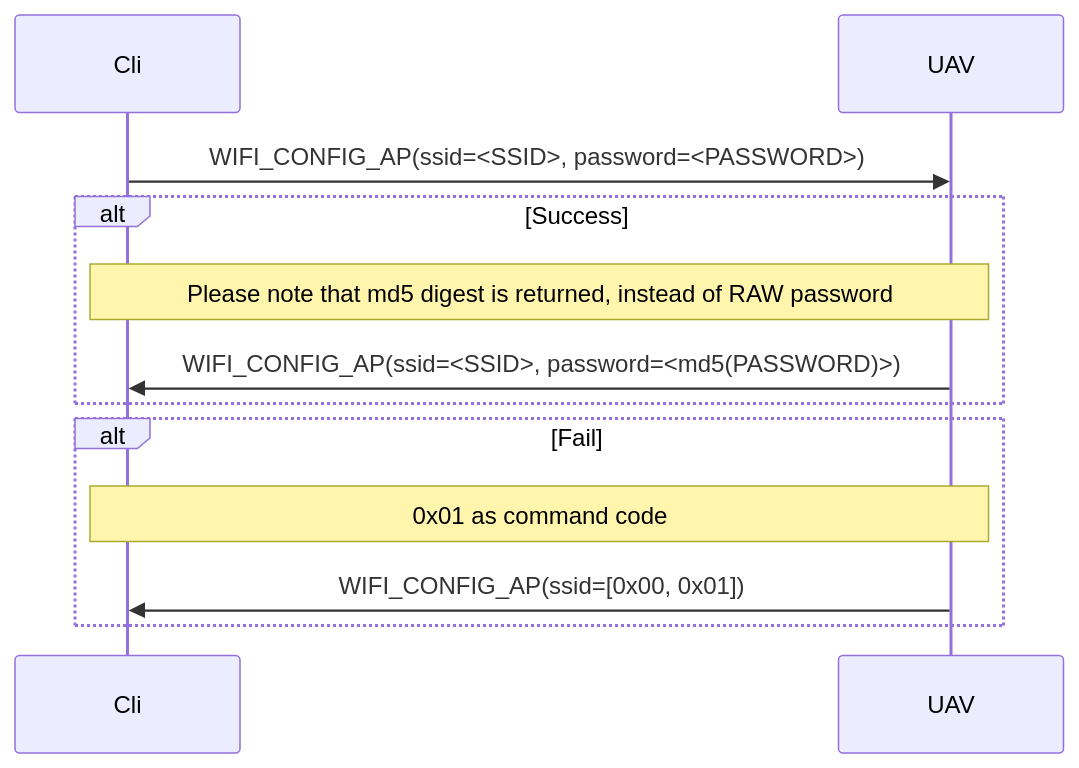
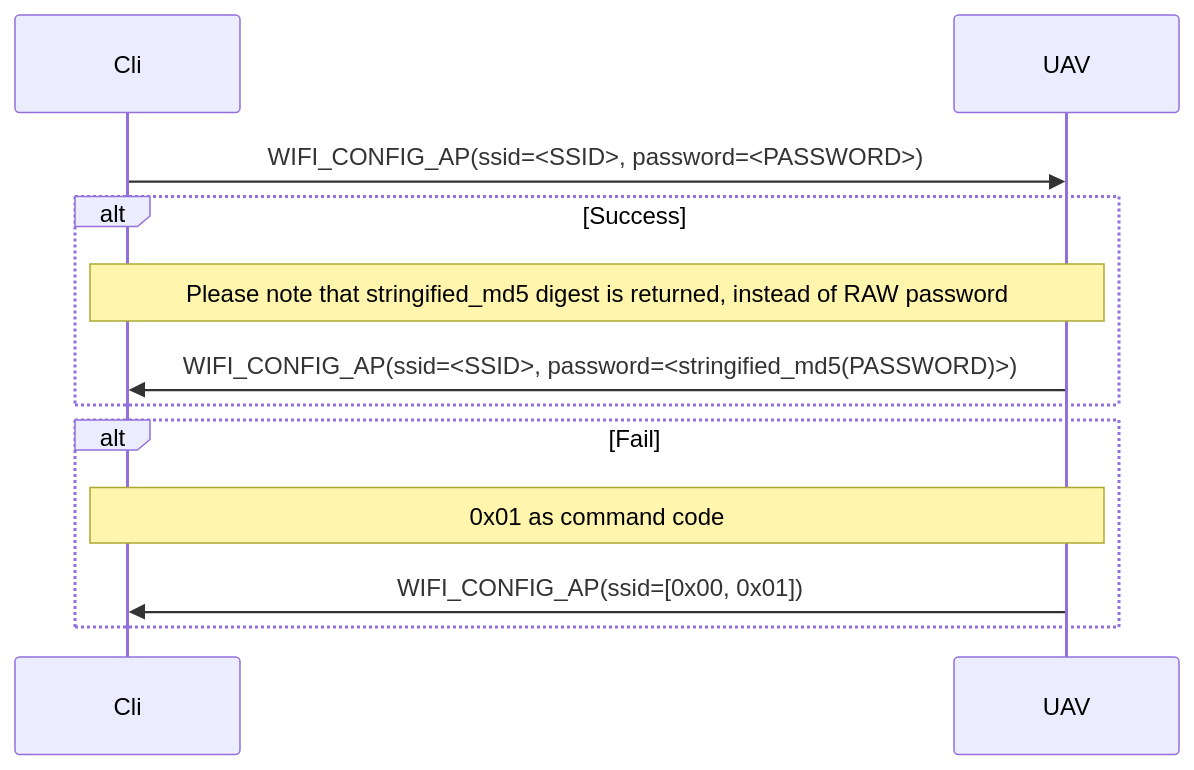
One commit to geoscan/pioneer_sdk changed the first of 6 diagrams in pioneer_sdk/mavsub/README.md. Above: the diagram before and after it, drawn with Mermaid. The commit also changed other lines of this file, not shown here.

Commit message:
[mavsub:README] Build | `stringified_md5`, description thereof

````diff
--- a/pioneer_sdk/mavsub/README.md
+++ b/pioneer_sdk/mavsub/README.md
@@ -48,16 +61,16 @@
 ```mermaid
 sequenceDiagram
 	participant Cli
 	participant UAV
 	Cli ->> UAV: WIFI_CONFIG_AP(ssid=<SSID>, password=<PASSWORD>)
 
 	alt Success
-		note over UAV, Cli: Please note that md5 digest is returned, instead of RAW password
-		UAV ->> Cli: WIFI_CONFIG_AP(ssid=<SSID>, password=<md5(PASSWORD)>)
+		note over UAV, Cli: Please note that stringified_md5 digest is returned, instead of RAW password
+		UAV ->> Cli: WIFI_CONFIG_AP(ssid=<SSID>, password=<stringified_md5(PASSWORD)>)
 	end
 
 	alt Fail
 		note over UAV, Cli: 0x01 as command code
 		UAV ->> Cli: WIFI_CONFIG_AP(ssid=[0x00, 0x01])
 	end
 ```
````
